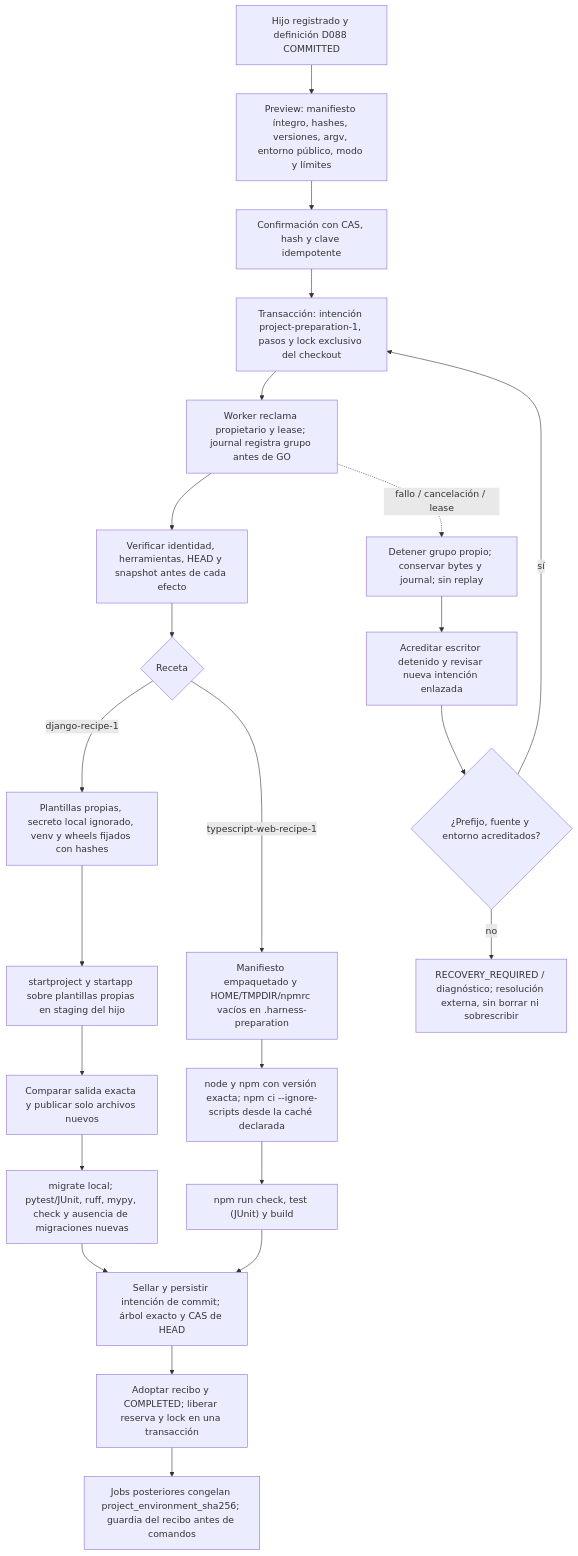
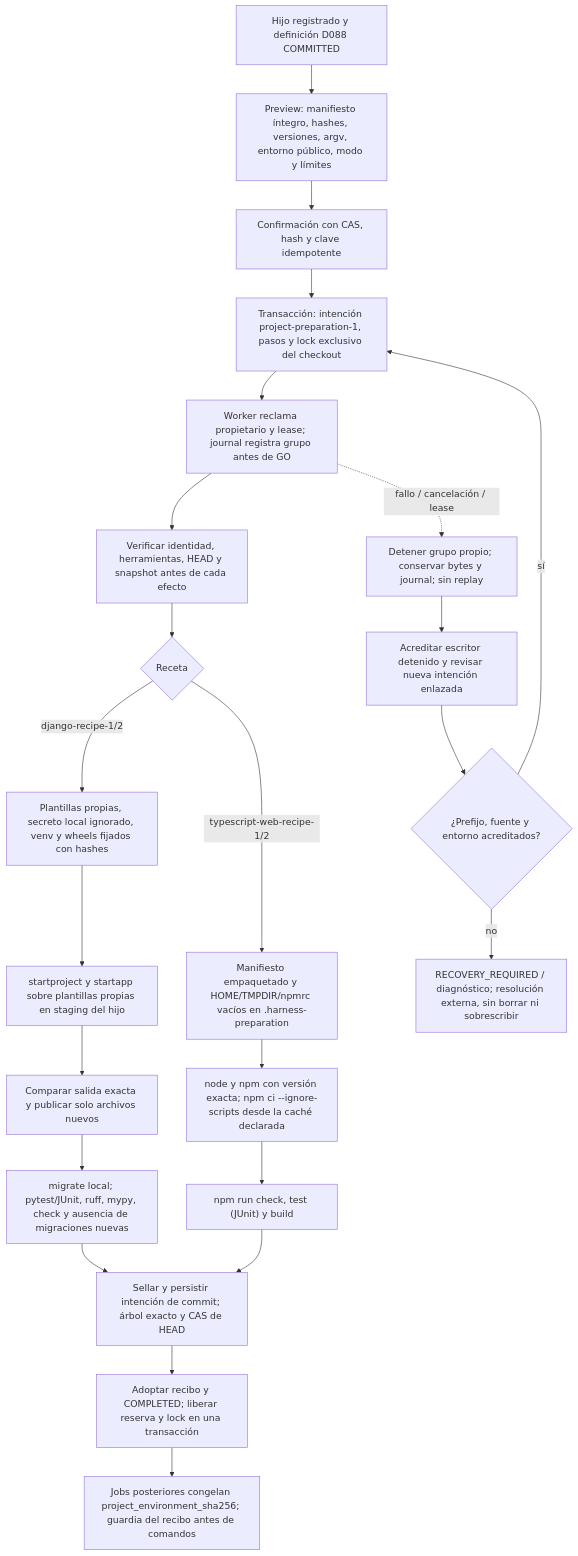
Before and after one commit to AcostaDDev/my-harness-archive: the first of 2 diagrams in docs/flows/project-preparation.md, drawn with Mermaid. The commit also changed other lines of this file and 29 other files, not shown here.

````diff
--- a/docs/flows/project-preparation.md
+++ b/docs/flows/project-preparation.md
@@ -13,25 +14,25 @@
 ```mermaid
 flowchart TD
     D["Hijo registrado y definición D088 COMMITTED"] --> P["Preview: manifiesto íntegro, hashes, versiones, argv, entorno público, modo y límites"]
     P --> C["Confirmación con CAS, hash y clave idempotente"]
     C --> I["Transacción: intención project-preparation-1, pasos y lock exclusivo del checkout"]
     I --> W["Worker reclama propietario y lease; journal registra grupo antes de GO"]
     W --> V["Verificar identidad, herramientas, HEAD y snapshot antes de cada efecto"]
     V --> RC{"Receta"}
-    RC -- django-recipe-1 --> E["Plantillas propias, secreto local ignorado, venv y wheels fijados con hashes"]
+    RC -- "django-recipe-1/2" --> E["Plantillas propias, secreto local ignorado, venv y wheels fijados con hashes"]
     E --> G["startproject y startapp sobre plantillas propias en staging del hijo"]
     G --> M["Comparar salida exacta y publicar solo archivos nuevos"]
     M --> T["migrate local; pytest/JUnit, ruff, mypy, check y ausencia de migraciones nuevas"]
-    RC -- typescript-web-recipe-1 --> F["Manifiesto empaquetado y HOME/TMPDIR/npmrc vacíos en .harness-preparation"]
+    RC -- "typescript-web-recipe-1/2" --> F["Manifiesto empaquetado y HOME/TMPDIR/npmrc vacíos en .harness-preparation"]
     F --> N["node y npm con versión exacta; npm ci --ignore-scripts desde la caché declarada"]
     N --> U["npm run check, test (JUnit) y build"]
     T --> K["Sellar y persistir intención de commit; árbol exacto y CAS de HEAD"]
     U --> K
     K --> R["Adoptar recibo y COMPLETED; liberar reserva y lock en una transacción"]
     R --> J["Jobs posteriores congelan project_environment_sha256; guardia del recibo antes de comandos"]
     W -. "fallo / cancelación / lease" .-> X["Detener grupo propio; conservar bytes y journal; sin replay"]
     X --> A["Acreditar escritor detenido y revisar nueva intención enlazada"]
     A --> B{"¿Prefijo, fuente y entorno acreditados?"}
     B -- sí --> I
     B -- no --> Q["RECOVERY_REQUIRED / diagnóstico; resolución externa, sin borrar ni sobrescribir"]
 ```
````
